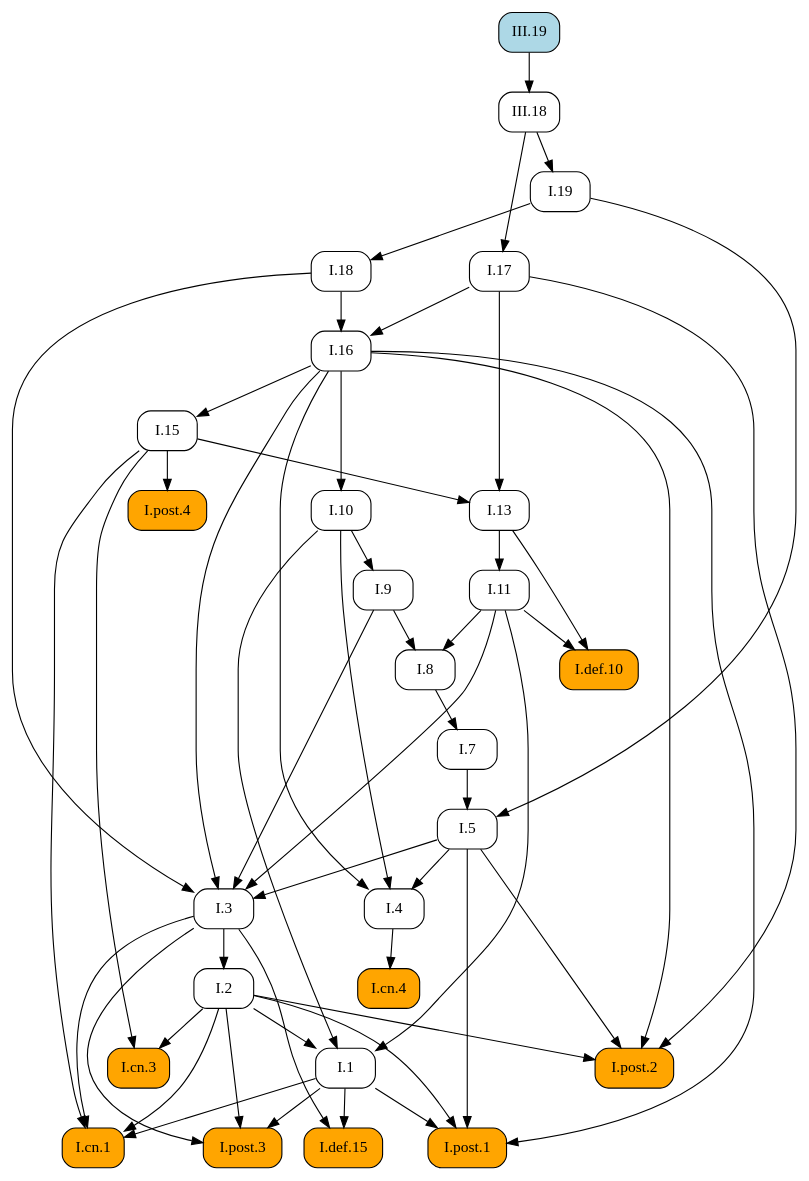
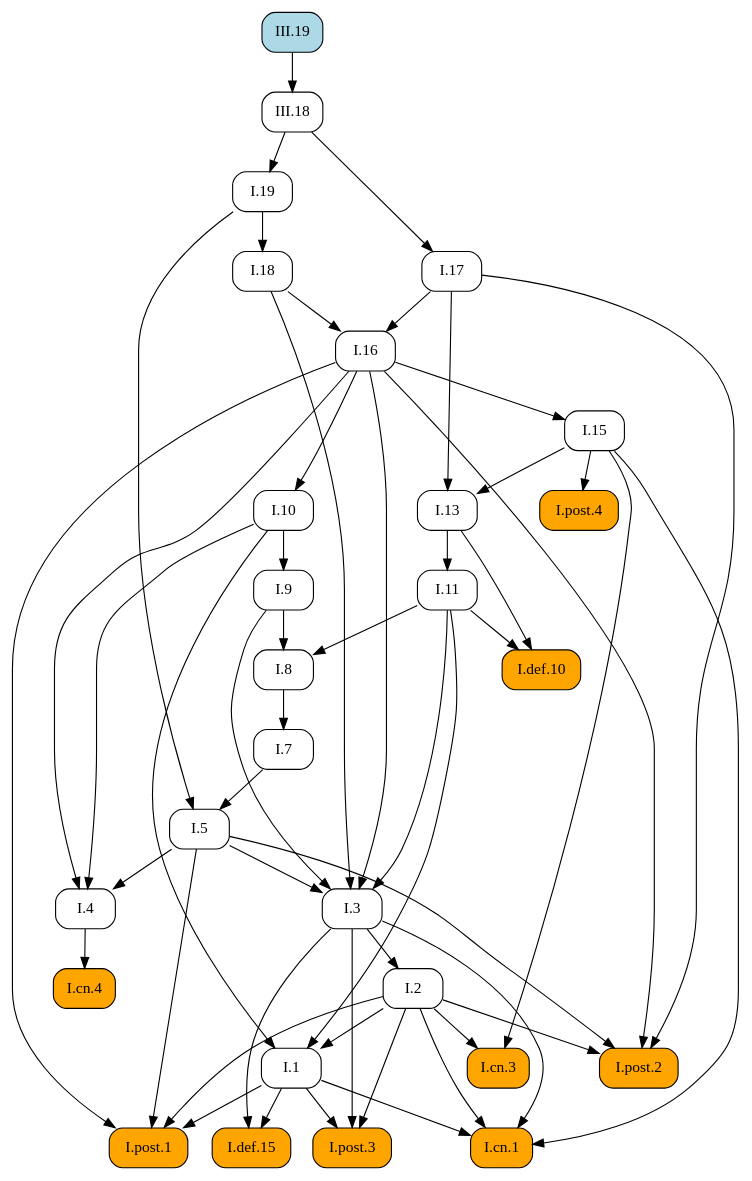
The diagram in docsrc/elements2/III/19/index.rst (geometor/elements), drawn with Graphviz before and after one commit. The commit also changed other lines of this file and 171 other files, not shown here.

```diff
--- a/docsrc/elements2/III/19/index.rst
+++ b/docsrc/elements2/III/19/index.rst
@@ -54,83 +54,83 @@
    digraph {
      rankdir="TB";
      node [shape=box, style=rounded];
+     "I.8" [URL="/elements2/I/8/", target="_top"];
+     "I.19" [URL="/elements2/I/19/", target="_top"];
+     "I.1" [URL="/elements2/I/1/", target="_top"];
+     "I.cn.3" [style="rounded,filled", fillcolor=orange, URL="/elements2/I/cn.3/", target="_top"];
+     "I.cn.4" [style="rounded,filled", fillcolor=orange, URL="/elements2/I/cn.4/", target="_top"];
+     "I.7" [URL="/elements2/I/7/", target="_top"];
+     "I.17" [URL="/elements2/I/17/", target="_top"];
+     "I.post.1" [style="rounded,filled", fillcolor=orange, URL="/elements2/I/post.1/", target="_top"];
+     "I.9" [URL="/elements2/I/9/", target="_top"];
+     "I.5" [URL="/elements2/I/5/", target="_top"];
+     "I.cn.1" [style="rounded,filled", fillcolor=orange, URL="/elements2/I/cn.1/", target="_top"];
      "I.16" [URL="/elements2/I/16/", target="_top"];
      "I.def.10" [style="rounded,filled", fillcolor=orange, URL="/elements2/I/def.10/", target="_top"];
-     "I.9" [URL="/elements2/I/9/", target="_top"];
      "I.18" [URL="/elements2/I/18/", target="_top"];
-     "I.8" [URL="/elements2/I/8/", target="_top"];
-     "III.18" [URL="/elements2/III/18/", target="_top"];
-     "I.15" [URL="/elements2/I/15/", target="_top"];
+     "I.13" [URL="/elements2/I/13/", target="_top"];
+     "I.post.4" [style="rounded,filled", fillcolor=orange, URL="/elements2/I/post.4/", target="_top"];
+     "III.19" [style="rounded,filled", fillcolor=lightblue, URL="/elements2/III/19/", target="_top"];
      "I.2" [URL="/elements2/I/2/", target="_top"];
      "I.def.15" [style="rounded,filled", fillcolor=orange, URL="/elements2/I/def.15/", target="_top"];
-     "I.cn.4" [style="rounded,filled", fillcolor=orange, URL="/elements2/I/cn.4/", target="_top"];
+     "III.18" [URL="/elements2/III/18/", target="_top"];
+     "I.4" [URL="/elements2/I/4/", target="_top"];
+     "I.11" [URL="/elements2/I/11/", target="_top"];
+     "I.10" [URL="/elements2/I/10/", target="_top"];
+     "I.15" [URL="/elements2/I/15/", target="_top"];
+     "I.post.2" [style="rounded,filled", fillcolor=orange, URL="/elements2/I/post.2/", target="_top"];
+     "I.3" [URL="/elements2/I/3/", target="_top"];
      "I.post.3" [style="rounded,filled", fillcolor=orange, URL="/elements2/I/post.3/", target="_top"];
-     "I.1" [URL="/elements2/I/1/", target="_top"];
-     "I.post.2" [style="rounded,filled", fillcolor=orange, URL="/elements2/I/post.2/", target="_top"];
-     "I.13" [URL="/elements2/I/13/", target="_top"];
-     "I.10" [URL="/elements2/I/10/", target="_top"];
-     "I.post.1" [style="rounded,filled", fillcolor=orange, URL="/elements2/I/post.1/", target="_top"];
-     "I.7" [URL="/elements2/I/7/", target="_top"];
-     "I.post.4" [style="rounded,filled", fillcolor=orange, URL="/elements2/I/post.4/", target="_top"];
-     "I.cn.1" [style="rounded,filled", fillcolor=orange, URL="/elements2/I/cn.1/", target="_top"];
-     "I.3" [URL="/elements2/I/3/", target="_top"];
-     "I.cn.3" [style="rounded,filled", fillcolor=orange, URL="/elements2/I/cn.3/", target="_top"];
-     "III.19" [style="rounded,filled", fillcolor=lightblue, URL="/elements2/III/19/", target="_top"];
-     "I.11" [URL="/elements2/I/11/", target="_top"];
-     "I.17" [URL="/elements2/I/17/", target="_top"];
-     "I.19" [URL="/elements2/I/19/", target="_top"];
-     "I.5" [URL="/elements2/I/5/", target="_top"];
-     "I.4" [URL="/elements2/I/4/", target="_top"];
+     "I.9" -> "I.8";
+     "I.11" -> "I.8";
+     "III.18" -> "I.19";
+     "I.2" -> "I.1";
+     "I.10" -> "I.1";
+     "I.11" -> "I.1";
+     "I.2" -> "I.cn.3";
+     "I.15" -> "I.cn.3";
+     "I.4" -> "I.cn.4";
+     "I.8" -> "I.7";
+     "III.18" -> "I.17";
+     "I.1" -> "I.post.1";
+     "I.2" -> "I.post.1";
+     "I.5" -> "I.post.1";
+     "I.16" -> "I.post.1";
+     "I.10" -> "I.9";
+     "I.7" -> "I.5";
+     "I.19" -> "I.5";
+     "I.1" -> "I.cn.1";
+     "I.2" -> "I.cn.1";
+     "I.3" -> "I.cn.1";
+     "I.15" -> "I.cn.1";
      "I.17" -> "I.16";
      "I.18" -> "I.16";
      "I.11" -> "I.def.10";
      "I.13" -> "I.def.10";
-     "I.10" -> "I.9";
      "I.19" -> "I.18";
-     "I.9" -> "I.8";
-     "I.11" -> "I.8";
-     "III.19" -> "III.18";
-     "I.16" -> "I.15";
+     "I.15" -> "I.13";
+     "I.17" -> "I.13";
+     "I.15" -> "I.post.4";
      "I.3" -> "I.2";
      "I.1" -> "I.def.15";
      "I.3" -> "I.def.15";
-     "I.4" -> "I.cn.4";
-     "I.1" -> "I.post.3";
-     "I.2" -> "I.post.3";
-     "I.3" -> "I.post.3";
-     "I.2" -> "I.1";
-     "I.10" -> "I.1";
-     "I.11" -> "I.1";
+     "III.19" -> "III.18";
+     "I.5" -> "I.4";
+     "I.10" -> "I.4";
+     "I.16" -> "I.4";
+     "I.13" -> "I.11";
+     "I.16" -> "I.10";
+     "I.16" -> "I.15";
      "I.2" -> "I.post.2";
      "I.5" -> "I.post.2";
      "I.16" -> "I.post.2";
      "I.17" -> "I.post.2";
-     "I.15" -> "I.13";
-     "I.17" -> "I.13";
-     "I.16" -> "I.10";
-     "I.1" -> "I.post.1";
-     "I.2" -> "I.post.1";
-     "I.5" -> "I.post.1";
-     "I.16" -> "I.post.1";
-     "I.8" -> "I.7";
-     "I.15" -> "I.post.4";
-     "I.1" -> "I.cn.1";
-     "I.2" -> "I.cn.1";
-     "I.3" -> "I.cn.1";
-     "I.15" -> "I.cn.1";
      "I.5" -> "I.3";
      "I.9" -> "I.3";
      "I.11" -> "I.3";
      "I.16" -> "I.3";
      "I.18" -> "I.3";
-     "I.2" -> "I.cn.3";
-     "I.15" -> "I.cn.3";
-     "I.13" -> "I.11";
-     "III.18" -> "I.17";
-     "III.18" -> "I.19";
-     "I.7" -> "I.5";
-     "I.19" -> "I.5";
-     "I.5" -> "I.4";
-     "I.10" -> "I.4";
-     "I.16" -> "I.4";
+     "I.1" -> "I.post.3";
+     "I.2" -> "I.post.3";
+     "I.3" -> "I.post.3";
    }
```
